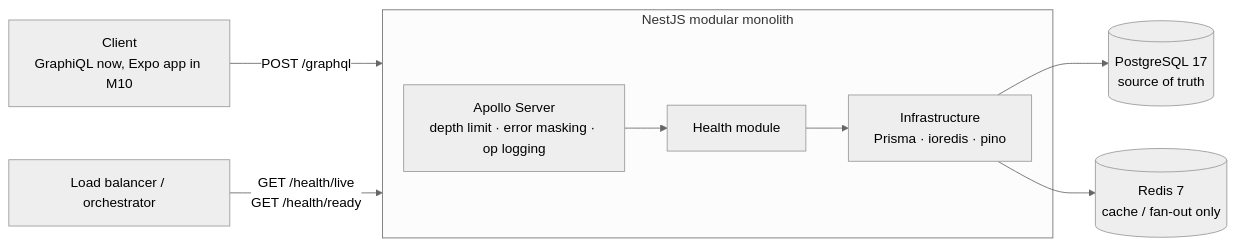
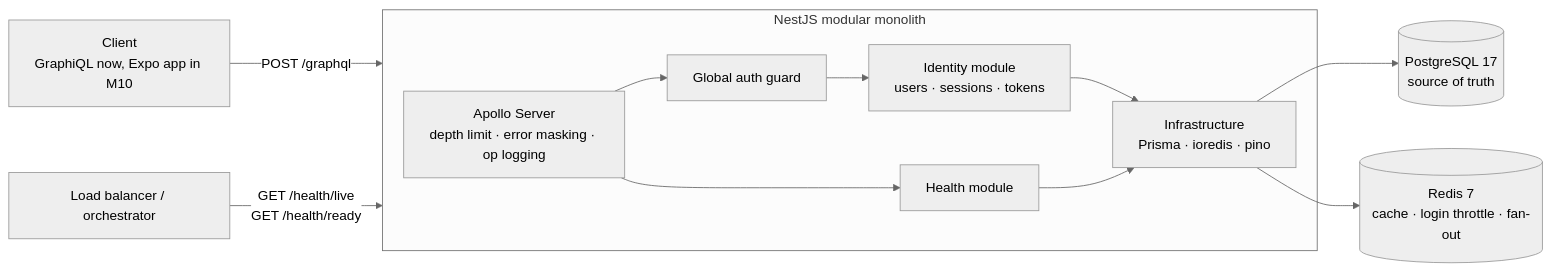
One commit to JoaoVitorSPereira/fintech-reliability-lab changed the first of 2 diagrams in README.md. Above: the diagram before and after it, drawn with Mermaid (neutral theme). The commit also changed other lines of this file and 36 other files, not shown here.

````diff
--- a/README.md
+++ b/README.md
@@ -21,16 +22,20 @@
 ```mermaid
 flowchart LR
   client[Client<br/>GraphiQL now, Expo app in M10] -->|POST /graphql| api
   probe[Load balancer / orchestrator] -->|GET /health/live<br/>GET /health/ready| api
 
   subgraph api[NestJS modular monolith]
     gql[Apollo Server<br/>depth limit · error masking · op logging]
+    guard[Global auth guard]
+    identity[Identity module<br/>users · sessions · tokens]
     health[Health module]
     infra[Infrastructure<br/>Prisma · ioredis · pino]
+    gql --> guard --> identity
     gql --> health
+    identity --> infra
     health --> infra
   end
 
   infra --> pg[(PostgreSQL 17<br/>source of truth)]
-  infra --> redis[(Redis 7<br/>cache / fan-out only)]
+  infra --> redis[(Redis 7<br/>cache · login throttle · fan-out)]
 ```
````
